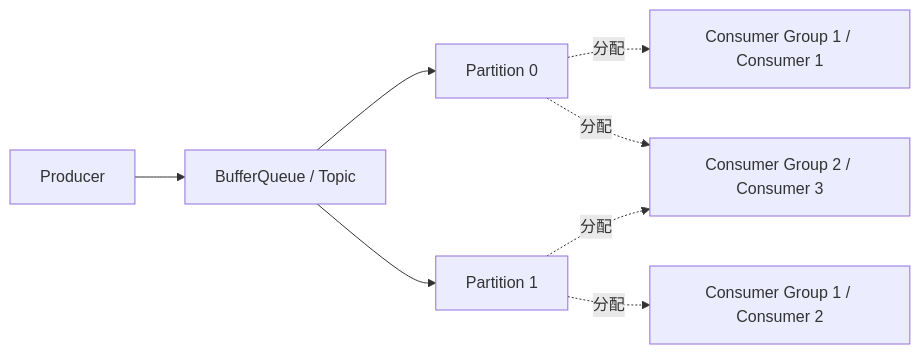
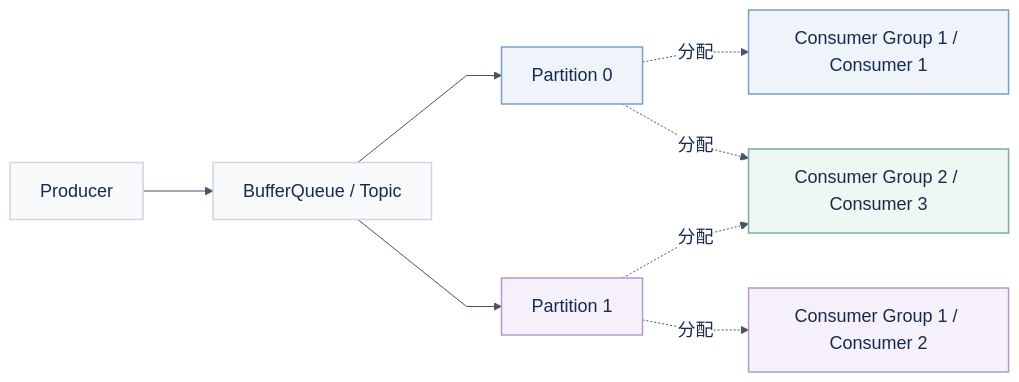
The diagram in docs/assets/Partition.zh-CN.mmd (eventhorizon-cli/BufferQueue), drawn with Mermaid before and after one commit. The commit also changed 49 other files, not shown here.

Commit message:
docs: unify Channel comparisons and macaron chart styling

```diff
--- a/docs/assets/Partition.zh-CN.mmd
+++ b/docs/assets/Partition.zh-CN.mmd
@@ -1,8 +1,21 @@
+%%{init: {"theme":"base", "flowchart":{"htmlLabels":true,"curve":"linear","nodeSpacing":55,"rankSpacing":70}, "themeVariables":{"background":"#ffffff","fontFamily":"PingFang SC, Arial, Microsoft YaHei, sans-serif","fontSize":"18px","primaryTextColor":"#172b4d","lineColor":"#475467","primaryColor":"#f8fafc","primaryBorderColor":"#d0d5dd","edgeLabelBackground":"#ffffff"}}}%%
 flowchart LR
     P[Producer] --> Q[BufferQueue / Topic]
     Q --> P0[Partition 0]
     Q --> P1[Partition 1]
     P0 -. 分配 .-> C1[Consumer Group 1 / Consumer 1]
     P1 -. 分配 .-> C2[Consumer Group 1 / Consumer 2]
     P0 -. 分配 .-> C3[Consumer Group 2 / Consumer 3]
     P1 -. 分配 .-> C3
+    class P,Q core
+    class P0 partitionBlue
+    class P1 partitionPurple
+    class C1 consumerBlue
+    class C2 consumerPurple
+    class C3 consumerGreen
+    classDef core fill:#f8fafc,stroke:#d0d5dd,color:#172b4d,stroke-width:1.5px
+    classDef partitionBlue fill:#eff4fb,stroke:#7c9fc9,color:#172b4d,stroke-width:1.5px
+    classDef partitionPurple fill:#f5f0fa,stroke:#b29bcc,color:#172b4d,stroke-width:1.5px
+    classDef consumerBlue fill:#eff4fb,stroke:#7c9fc9,color:#172b4d,stroke-width:1.5px
+    classDef consumerPurple fill:#f5f0fa,stroke:#b29bcc,color:#172b4d,stroke-width:1.5px
+    classDef consumerGreen fill:#eff7f2,stroke:#7cae9a,color:#172b4d,stroke-width:1.5px
```
